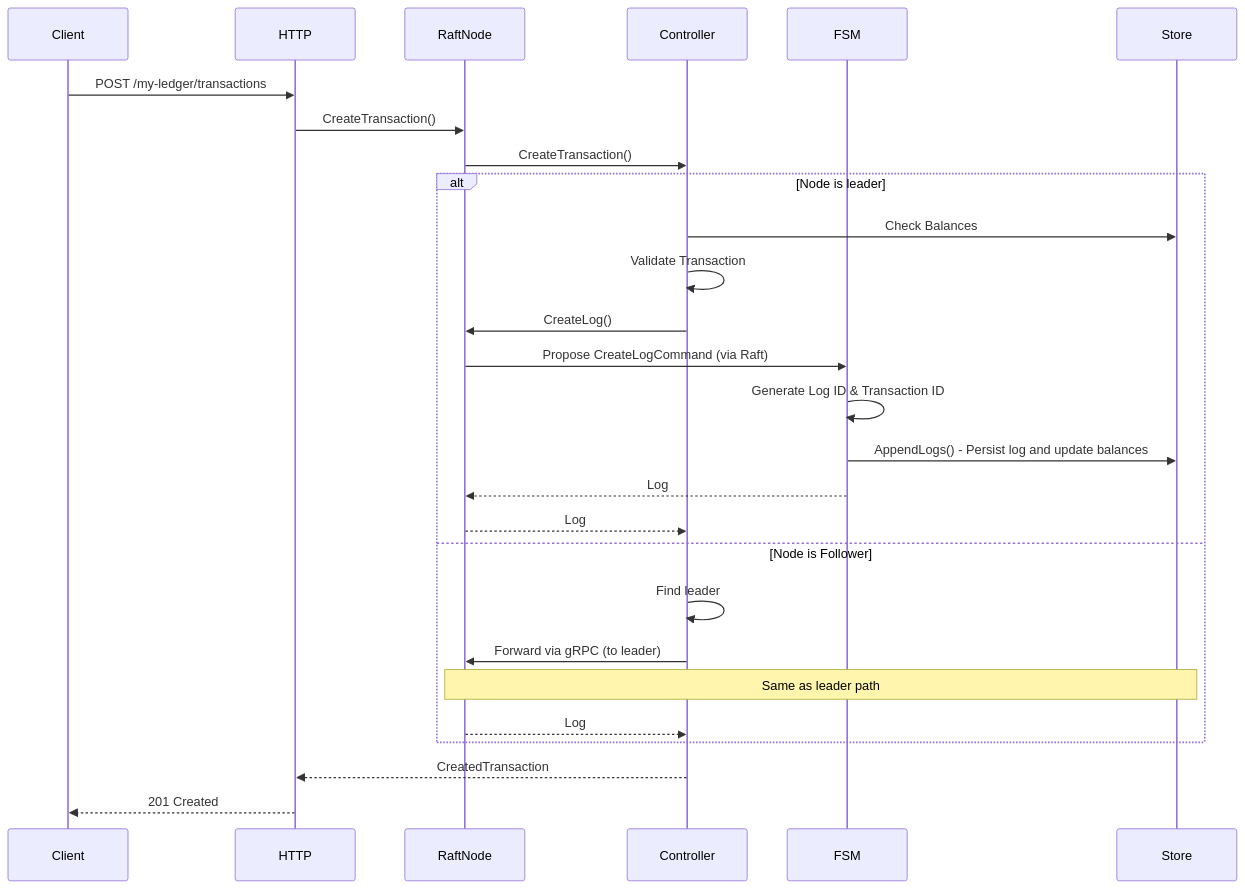
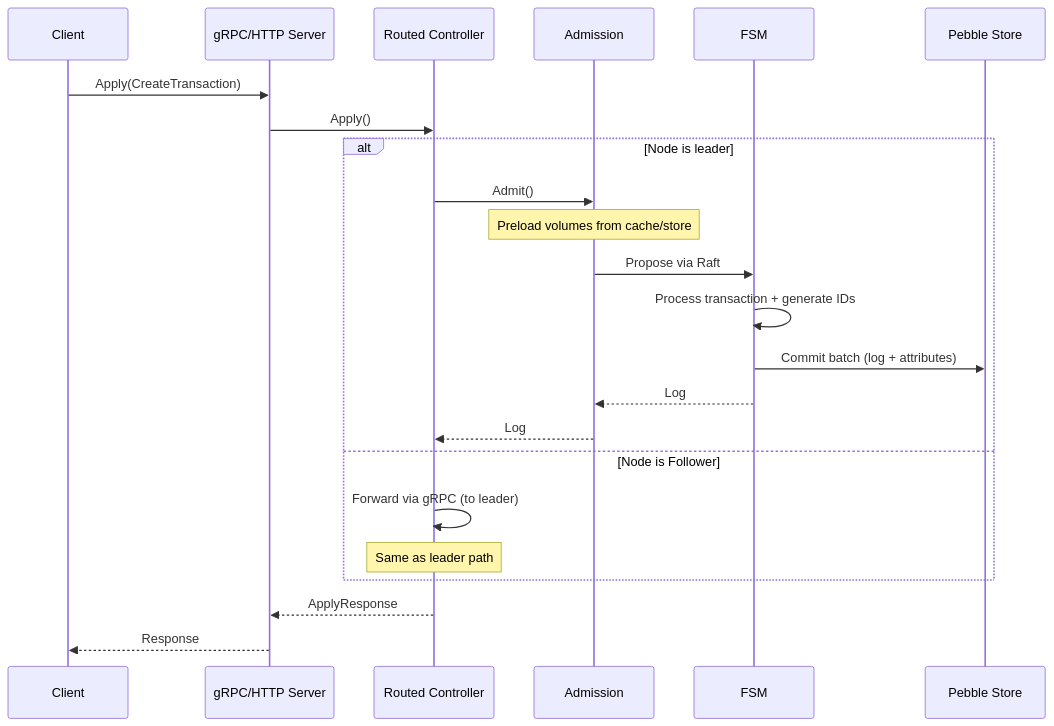
Before and after one commit to formancehq/ledger: the third of 4 diagrams in docs/architecture/buckets-ledgers.md, drawn with Mermaid. The commit also changed other lines of this file and 10 other files, not shown here.

First line of the commit message:
docs: fix outdated architecture documentation across 10 files

````diff
--- a/docs/architecture/buckets-ledgers.md
+++ b/docs/architecture/buckets-ledgers.md
@@ -182,32 +189,28 @@
 ```mermaid
 sequenceDiagram
     participant Client
-    participant HTTP
-    participant RaftNode
-    participant Controller
-    participant FSM
-    participant Store
-    
-    Client->>HTTP: POST /my-ledger/transactions
-    HTTP->>RaftNode: CreateTransaction()
-    RaftNode->>Controller: CreateTransaction()
-    
+    participant API as gRPC/HTTP Server
+    participant Ctrl as Routed Controller
+    participant Admission
+    participant FSM as FSM
+    participant Store as Pebble Store
+
+    Client->>API: Apply(CreateTransaction)
+    API->>Ctrl: Apply()
+
     alt Node is leader
-        Controller->>Store: Check Balances
-        Controller->>Controller: Validate Transaction
-        Controller->>RaftNode: CreateLog()
-        RaftNode->>FSM: Propose CreateLogCommand (via Raft)
-        FSM->>FSM: Generate Log ID & Transaction ID
-        FSM->>Store: AppendLogs() - Persist log and update balances
-        FSM-->>RaftNode: Log
-        RaftNode-->>Controller: Log
+        Ctrl->>Admission: Admit()
+        Note over Admission: Preload volumes from cache/store
+        Admission->>FSM: Propose via Raft
+        FSM->>FSM: Process transaction + generate IDs
+        FSM->>Store: Commit batch (log + attributes)
+        FSM-->>Admission: Log
+        Admission-->>Ctrl: Log
     else Node is Follower
-        Controller->>Controller: Find leader
-        Controller->>RaftNode: Forward via gRPC (to leader)
-        Note over RaftNode,Store: Same as leader path
-        RaftNode-->>Controller: Log
+        Ctrl->>Ctrl: Forward via gRPC (to leader)
+        Note over Ctrl: Same as leader path
     end
-    
-    Controller-->>HTTP: CreatedTransaction
-    HTTP-->>Client: 201 Created
+
+    Ctrl-->>API: ApplyResponse
+    API-->>Client: Response
 ```
````
